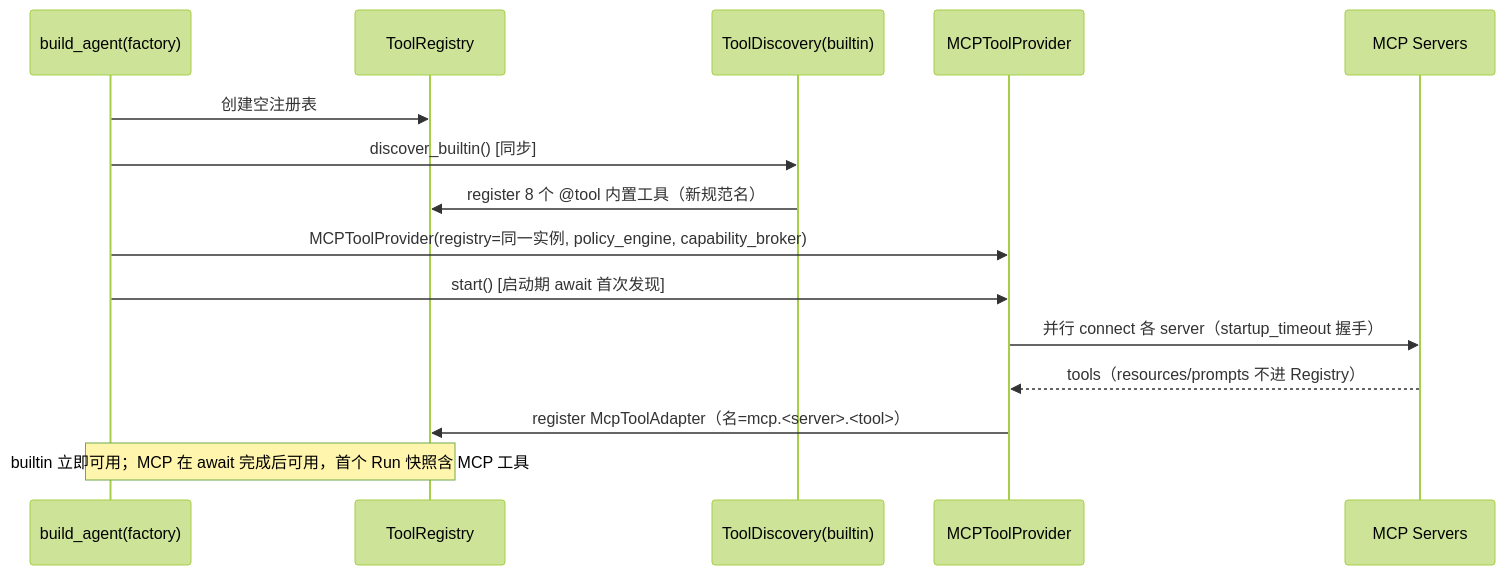
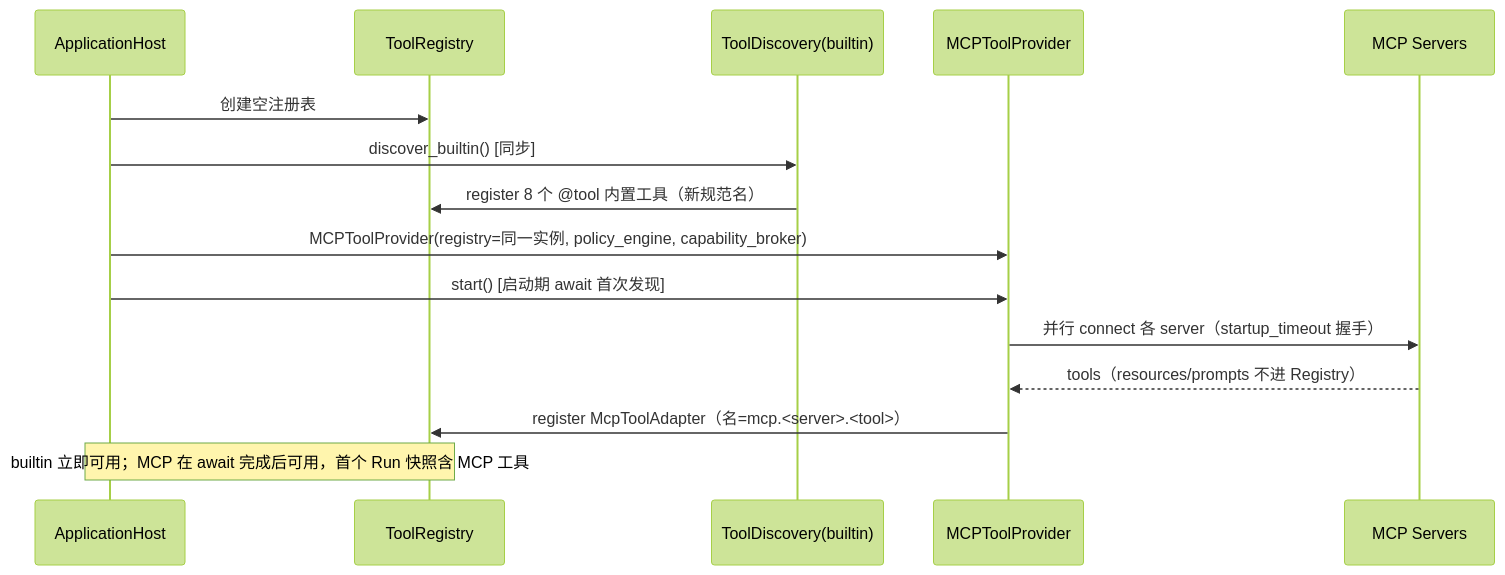
One commit to aandbcct/dotClaw changed the third of 4 diagrams in docs/wiki/Tool 模块总体说明.md. Above: the diagram before and after it, drawn with Mermaid (forest theme). The commit also changed other lines of this file and 12 other files, not shown here.

````diff
--- a/docs/wiki/Tool 模块总体说明.md
+++ b/docs/wiki/Tool 模块总体说明.md
@@ -231,18 +232,18 @@
 ```mermaid
 sequenceDiagram
-    participant F as build_agent(factory)
+    participant F as ApplicationHost
     participant R as ToolRegistry
     participant B as ToolDiscovery(builtin)
     participant M as MCPToolProvider
     participant Ext as MCP Servers
 
     F->>R: 创建空注册表
     F->>B: discover_builtin()  [同步]
     B->>R: register 8 个 @tool 内置工具（新规范名）
     F->>M: MCPToolProvider(registry=同一实例, policy_engine, capability_broker)
     F->>M: start()  [启动期 await 首次发现]
     M->>Ext: 并行 connect 各 server（startup_timeout 握手）
     Ext-->>M: tools（resources/prompts 不进 Registry）
     M->>R: register McpToolAdapter（名=mcp.<server>.<tool>）
     Note over F,R: builtin 立即可用；MCP 在 await 完成后可用，首个 Run 快照含 MCP 工具
 ```
````
